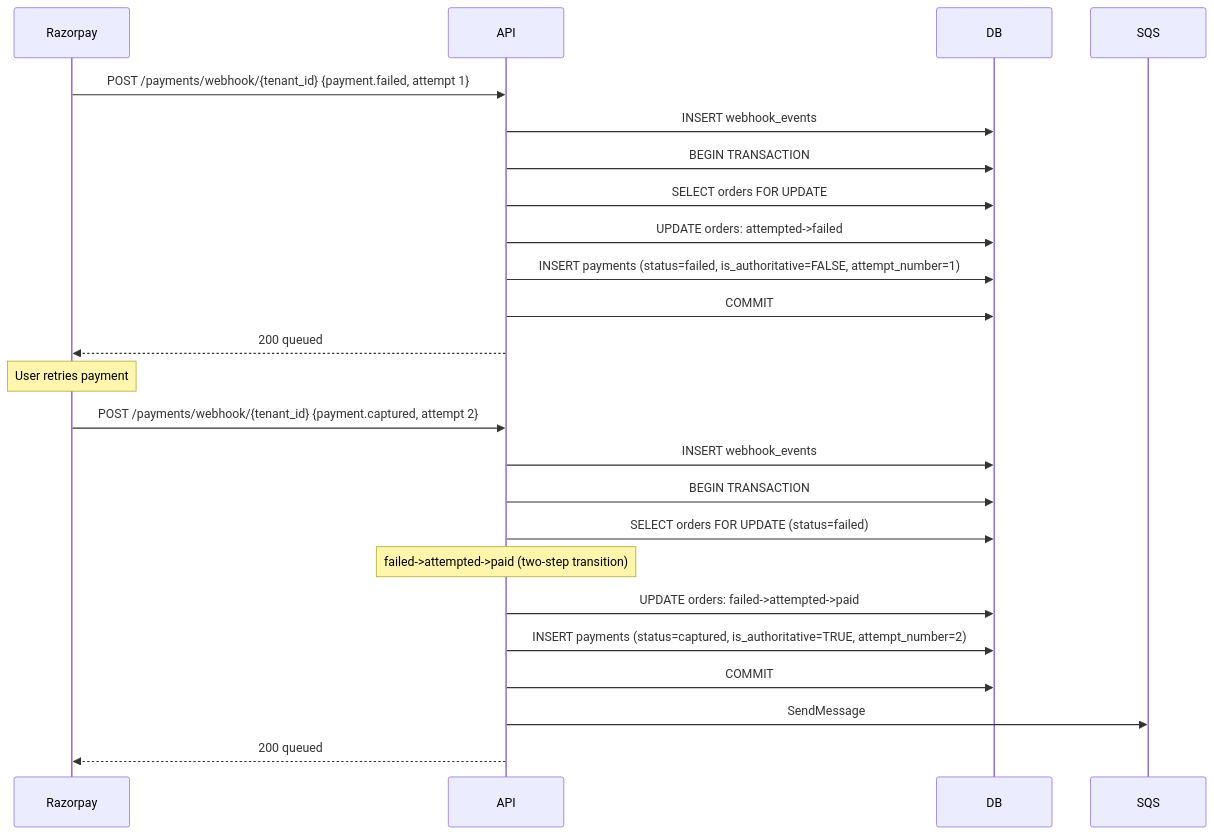
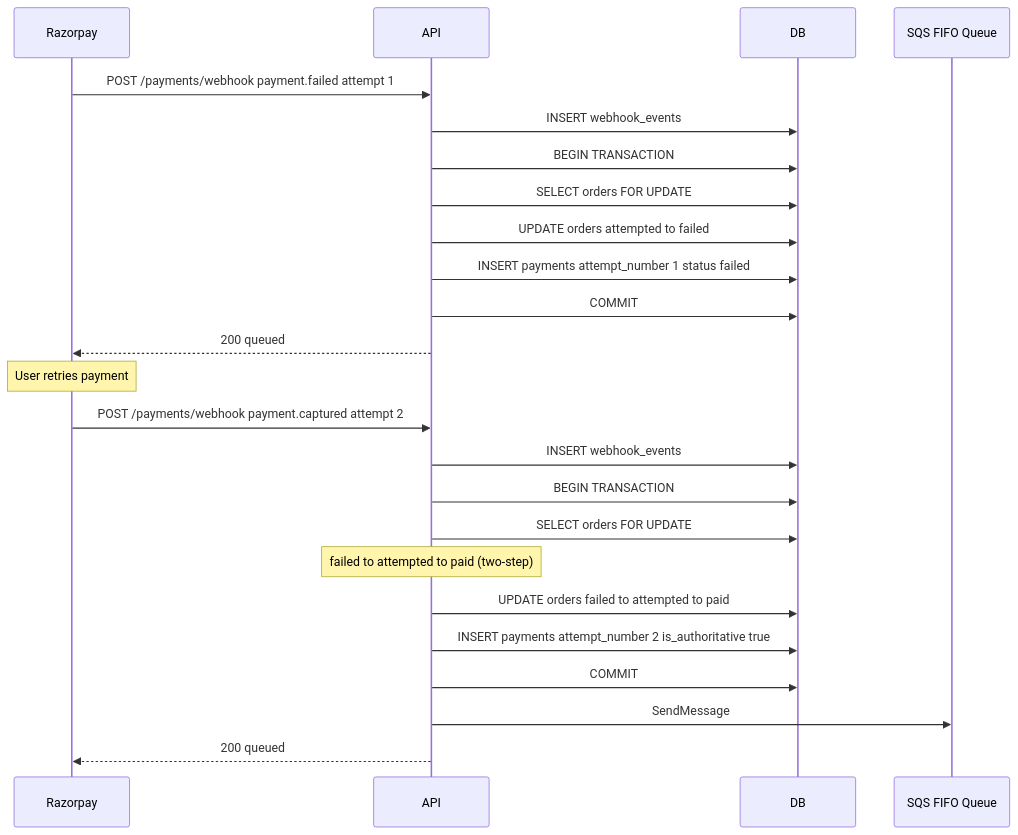
One commit to akhiljoe/razorpay-payment-integration changed the fifth of 10 diagrams in designs/DESIGN_v5.md. Above: the diagram before and after it, drawn with Mermaid. The commit also changed other lines of this file, not shown here.

Commit message:
Clean up DESIGN_v5: fix mermaid parse errors, trim duplicate content

````diff
--- a/designs/DESIGN_v5.md
+++ b/designs/DESIGN_v5.md
@@ -750,28 +731,29 @@
 ```mermaid
 sequenceDiagram
     participant RZP as Razorpay
     participant API
     participant DB
+    participant SQS as SQS FIFO Queue
 
-    RZP->>API: POST /payments/webhook/{tenant_id} {payment.failed, attempt 1}
+    RZP->>API: POST /payments/webhook payment.failed attempt 1
     API->>DB: INSERT webhook_events
     API->>DB: BEGIN TRANSACTION
     API->>DB: SELECT orders FOR UPDATE
-    API->>DB: UPDATE orders: attempted->failed
-    API->>DB: INSERT payments (status=failed, is_authoritative=FALSE, attempt_number=1)
+    API->>DB: UPDATE orders attempted to failed
+    API->>DB: INSERT payments attempt_number 1 status failed
     API->>DB: COMMIT
     API-->>RZP: 200 queued
 
     Note over RZP: User retries payment
 
-    RZP->>API: POST /payments/webhook/{tenant_id} {payment.captured, attempt 2}
+    RZP->>API: POST /payments/webhook payment.captured attempt 2
     API->>DB: INSERT webhook_events
     API->>DB: BEGIN TRANSACTION
-    API->>DB: SELECT orders FOR UPDATE (status=failed)
-    Note over API: failed->attempted->paid (two-step transition)
-    API->>DB: UPDATE orders: failed->attempted->paid
-    API->>DB: INSERT payments (status=captured, is_authoritative=TRUE, attempt_number=2)
+    API->>DB: SELECT orders FOR UPDATE
+    Note over API: failed to attempted to paid (two-step)
+    API->>DB: UPDATE orders failed to attempted to paid
+    API->>DB: INSERT payments attempt_number 2 is_authoritative true
     API->>DB: COMMIT
     API->>SQS: SendMessage
     API-->>RZP: 200 queued
 ```
````
